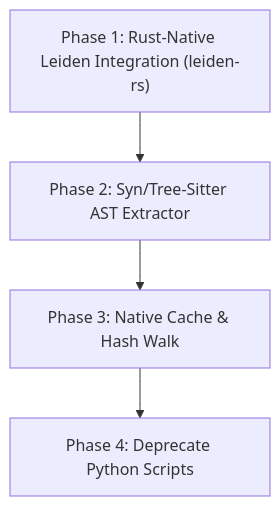
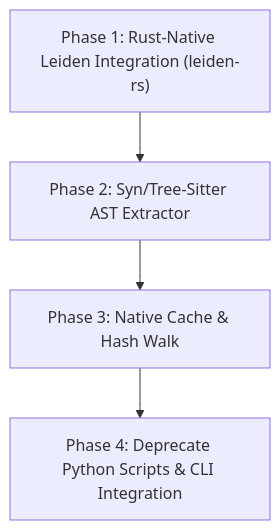
Before and after one commit to brbrainerd/vox: the diagram in docs/src/architecture/graphify-python-free-findings-2026.md, drawn with Mermaid. The commit also changed other lines of this file, not shown here.

Commit message:
docs: integrate code reviewer feedback into graphify transition findings

````diff
--- a/docs/src/architecture/graphify-python-free-findings-2026.md
+++ b/docs/src/architecture/graphify-python-free-findings-2026.md
@@ -57,6 +57,6 @@
 ```mermaid
 graph TD
     A["Phase 1: Rust-Native Leiden Integration (leiden-rs)"] --> B["Phase 2: Syn/Tree-Sitter AST Extractor"]
     B --> C["Phase 3: Native Cache & Hash Walk"]
-    C --> D["Phase 4: Deprecate Python Scripts"]
+    C --> D["Phase 4: Deprecate Python Scripts & CLI Integration"]
 ```
````
